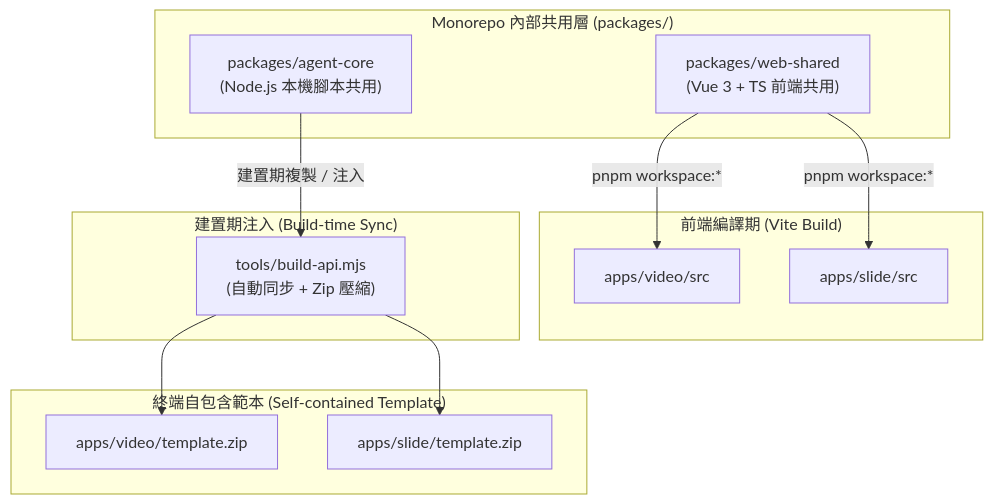
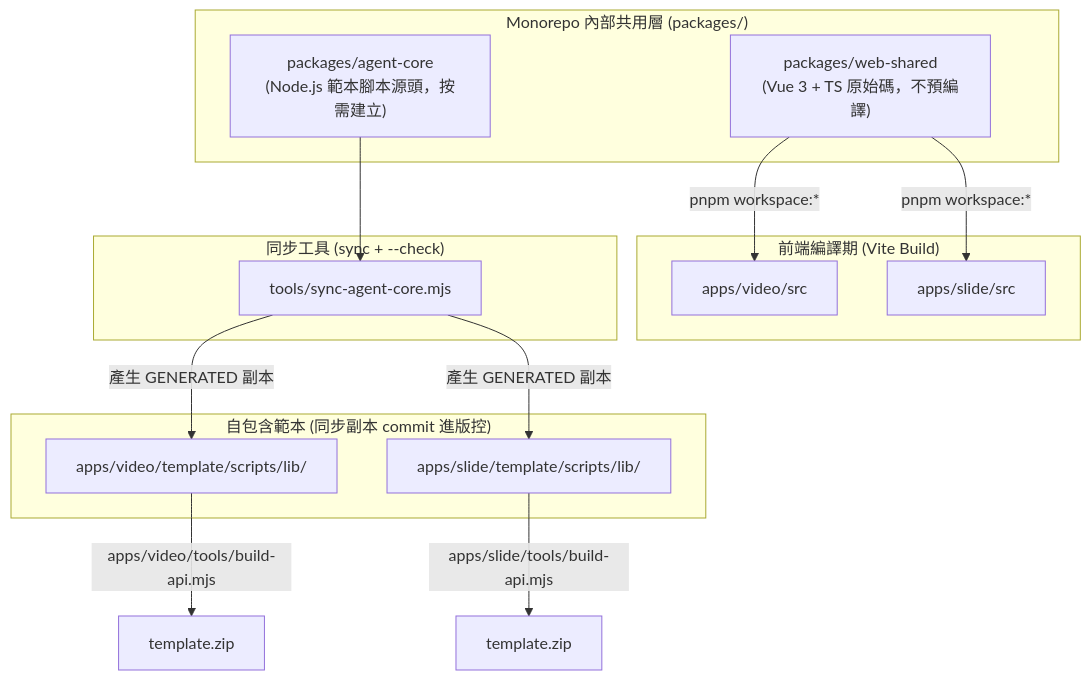
The diagram in docs/shared-architecture-plan.md (tigernaxoJr/aoa), drawn with Mermaid before and after one commit. The commit also changed other lines of this file, not shown here.

First line of the commit message:
docs: revise shared architecture plan to rev.2

````diff
--- a/docs/shared-architecture-plan.md
+++ b/docs/shared-architecture-plan.md
@@ -80,27 +77,29 @@
 ```mermaid
 flowchart TD
     subgraph Monorepo_Packages["Monorepo 內部共用層 (packages/)"]
-        P_UI["packages/web-shared<br/>(Vue 3 + TS 前端共用)"]
-        P_CORE["packages/agent-core<br/>(Node.js 本機腳本共用)"]
+        P_UI["packages/web-shared<br/>(Vue 3 + TS 原始碼，不預編譯)"]
+        P_CORE["packages/agent-core<br/>(Node.js 範本腳本源頭，按需建立)"]
     end
 
     subgraph Apps_Frontend["前端編譯期 (Vite Build)"]
         APP_VIDEO_WEB["apps/video/src"]
         APP_SLIDE_WEB["apps/slide/src"]
     end
 
-    subgraph Build_Pipeline["建置期注入 (Build-time Sync)"]
-        SYNC_SCRIPT["tools/build-api.mjs<br/>(自動同步 + Zip 壓縮)"]
+    subgraph Sync["同步工具 (sync + --check)"]
+        SYNC_SCRIPT["tools/sync-agent-core.mjs"]
     end
 
-    subgraph Templates["終端自包含範本 (Self-contained Template)"]
-        T_VIDEO["apps/video/template.zip"]
-        T_SLIDE["apps/slide/template.zip"]
+    subgraph Templates["自包含範本 (同步副本 commit 進版控)"]
+        T_VIDEO["apps/video/template/scripts/lib/"]
+        T_SLIDE["apps/slide/template/scripts/lib/"]
     end
 
     P_UI -->|"pnpm workspace:*"| APP_VIDEO_WEB
     P_UI -->|"pnpm workspace:*"| APP_SLIDE_WEB
-    P_CORE -->|"建置期複製 / 注入"| SYNC_SCRIPT
-    SYNC_SCRIPT --> T_VIDEO
-    SYNC_SCRIPT --> T_SLIDE
+    P_CORE --> SYNC_SCRIPT
+    SYNC_SCRIPT -->|"產生 GENERATED 副本"| T_VIDEO
+    SYNC_SCRIPT -->|"產生 GENERATED 副本"| T_SLIDE
+    T_VIDEO -->|"apps/video/tools/build-api.mjs"| Z1["template.zip"]
+    T_SLIDE -->|"apps/slide/tools/build-api.mjs"| Z2["template.zip"]
 ```
````
